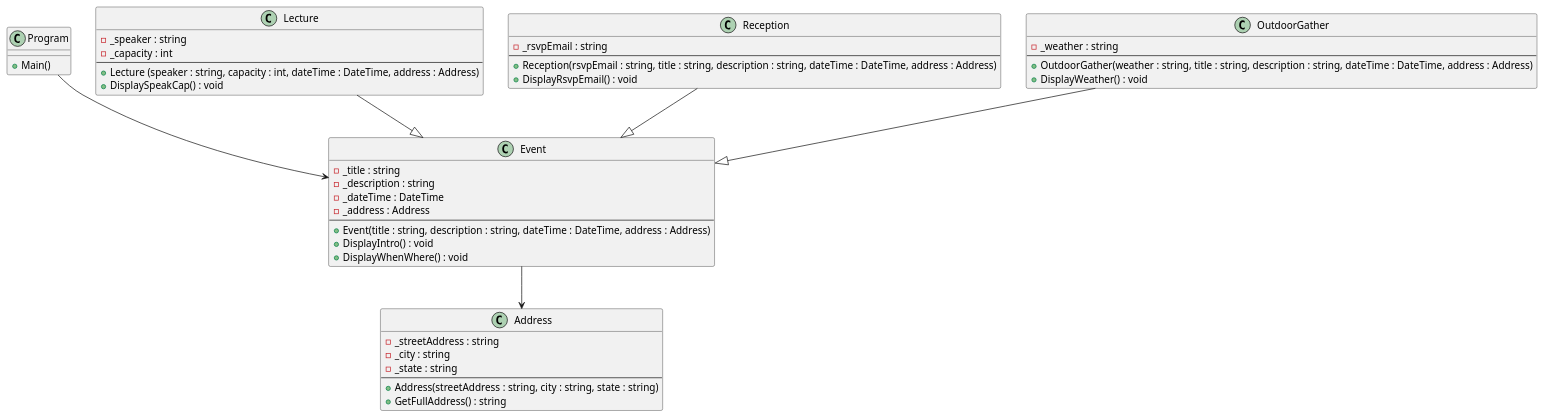
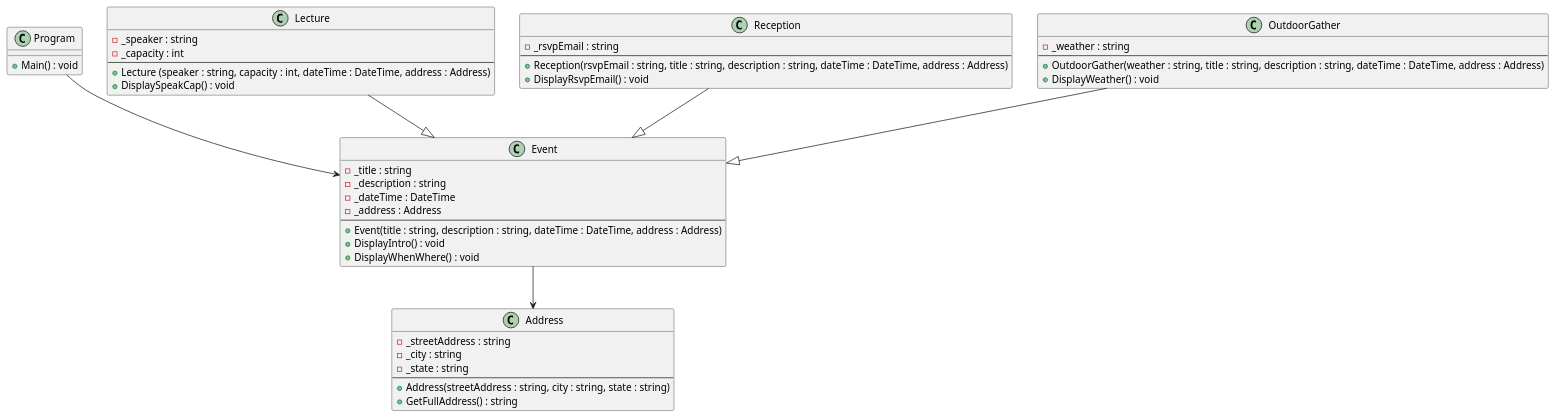
Before and after one commit to automotopia2/cse21---projects: the diagram in final/Foundation3/Foundation3.puml, drawn with PlantUML. The commit also changed 4 other files, not shown here.

```diff
--- a/final/Foundation3/Foundation3.puml
+++ b/final/Foundation3/Foundation3.puml
@@ -1,61 +1,61 @@
 @startuml
 
 class Program 
 {
-    + Main()
+    + Main() : void
 }
 
 class Event 
 {
     -_title : string
     -_description : string
     -_dateTime : DateTime
     -_address : Address
     --
     + Event(title : string, description : string, dateTime : DateTime, address : Address)
     + DisplayIntro() : void 
     + DisplayWhenWhere() : void
 }
 
 class Lecture 
 {
     -_speaker : string
     -_capacity : int
     --
     + Lecture (speaker : string, capacity : int, dateTime : DateTime, address : Address)
     + DisplaySpeakCap() : void
 }
 
 class Reception
 {
     -_rsvpEmail : string
     --
     + Reception(rsvpEmail : string, title : string, description : string, dateTime : DateTime, address : Address)
     + DisplayRsvpEmail() : void
 }
 
 class OutdoorGather
 {
     -_weather : string
     --
     + OutdoorGather(weather : string, title : string, description : string, dateTime : DateTime, address : Address)
     + DisplayWeather() : void
 }
 
 class Address 
 {
     -_streetAddress : string
     -_city : string
     -_state : string
     --
     + Address(streetAddress : string, city : string, state : string)
     + GetFullAddress() : string
 }
 
 Program --> Event
 Lecture --|> Event
 Reception --|> Event
 OutdoorGather --|> Event
 Event --> Address
 
 @enduml
```
